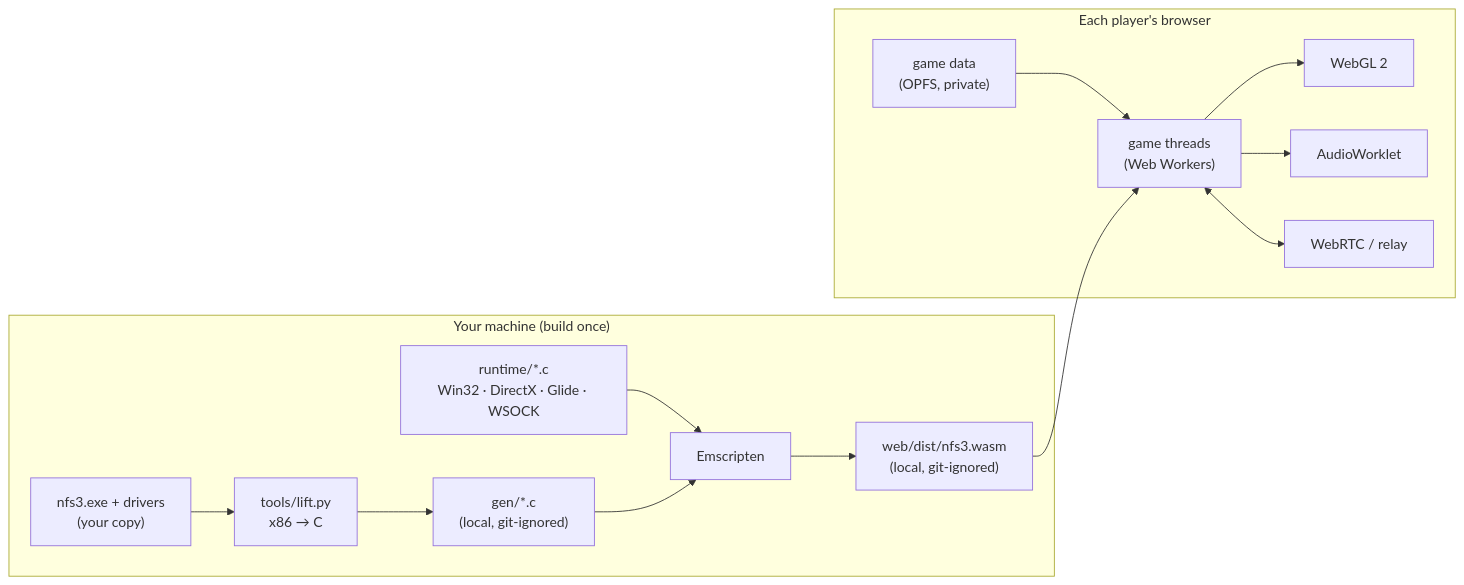
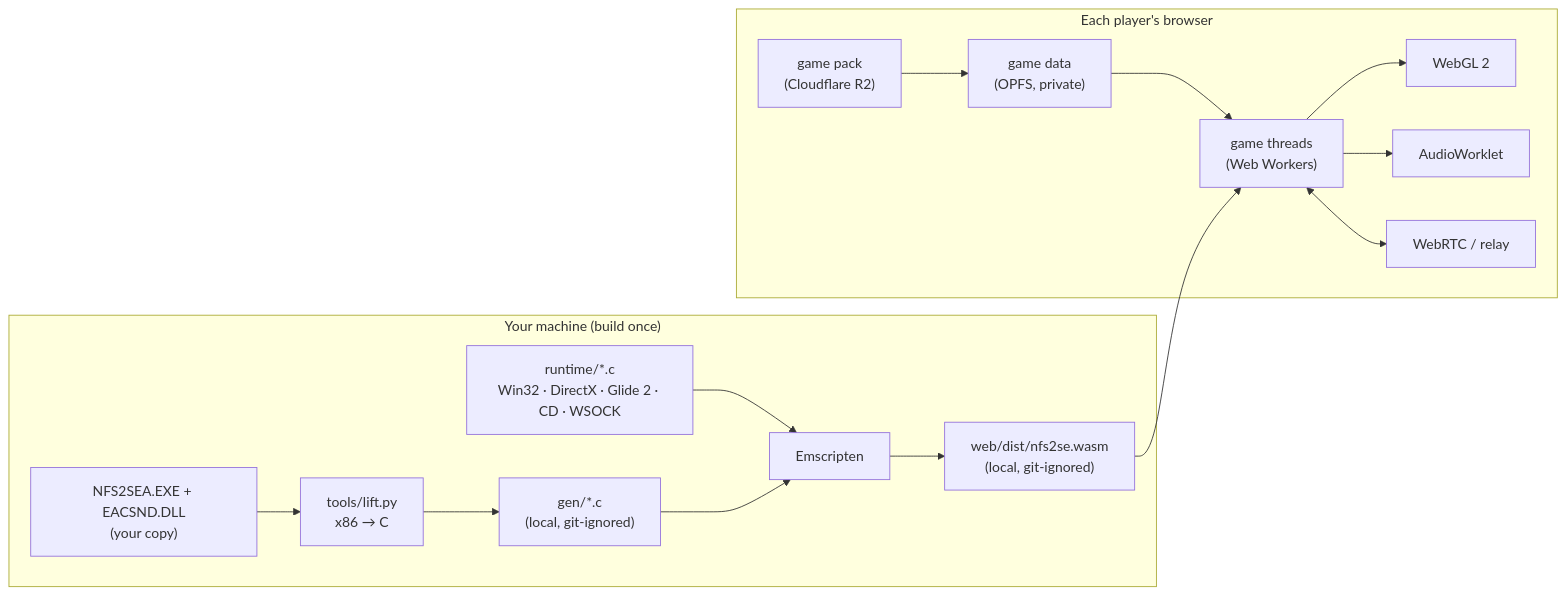
One commit to mrz944/nfs2se-web changed the diagram in README.md. Above: the diagram before and after it, drawn with Mermaid. The commit also changed other lines of this file and 21 other files, not shown here.

````diff
--- a/README.md
+++ b/README.md
@@ -93,16 +78,16 @@
 ```mermaid
 flowchart LR
   subgraph you["Your machine (build once)"]
-    exe["nfs3.exe + drivers<br/>(your copy)"] --> lift["tools/lift.py<br/>x86 → C"]
+    exe["NFS2SEA.EXE + EACSND.DLL<br/>(your copy)"] --> lift["tools/lift.py<br/>x86 → C"]
     lift --> gen["gen/*.c<br/>(local, git-ignored)"]
-    rt["runtime/*.c<br/>Win32 · DirectX · Glide · WSOCK"] --> emcc
-    gen --> emcc["Emscripten"] --> wasm["web/dist/nfs3.wasm<br/>(local, git-ignored)"]
+    rt["runtime/*.c<br/>Win32 · DirectX · Glide 2 · CD · WSOCK"] --> emcc
+    gen --> emcc["Emscripten"] --> wasm["web/dist/nfs2se.wasm<br/>(local, git-ignored)"]
   end
   subgraph browser["Each player's browser"]
-    files["game data<br/>(OPFS, private)"] --> game
+    r2["game pack<br/>(Cloudflare R2)"] --> files["game data<br/>(OPFS, private)"] --> game
     wasm --> game["game threads<br/>(Web Workers)"]
     game --> gl["WebGL 2"]
     game --> audio["AudioWorklet"]
     game <--> net["WebRTC / relay"]
   end
 ```
````
